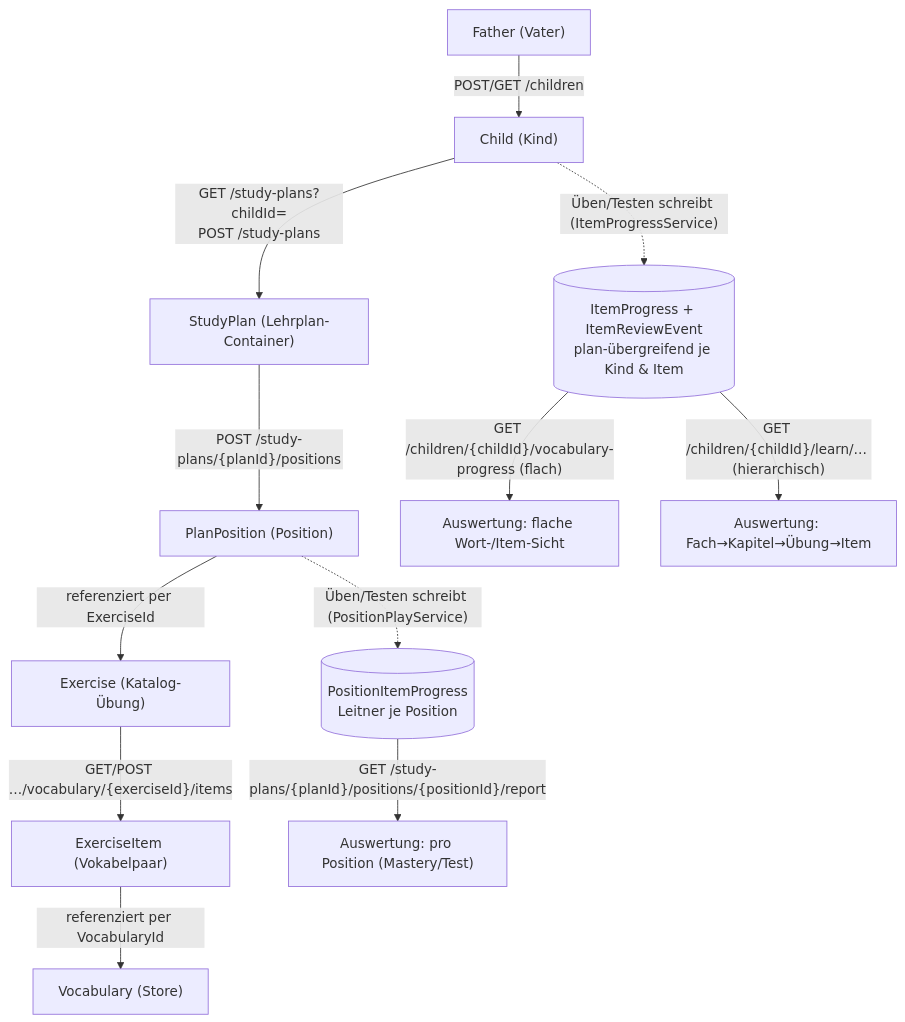
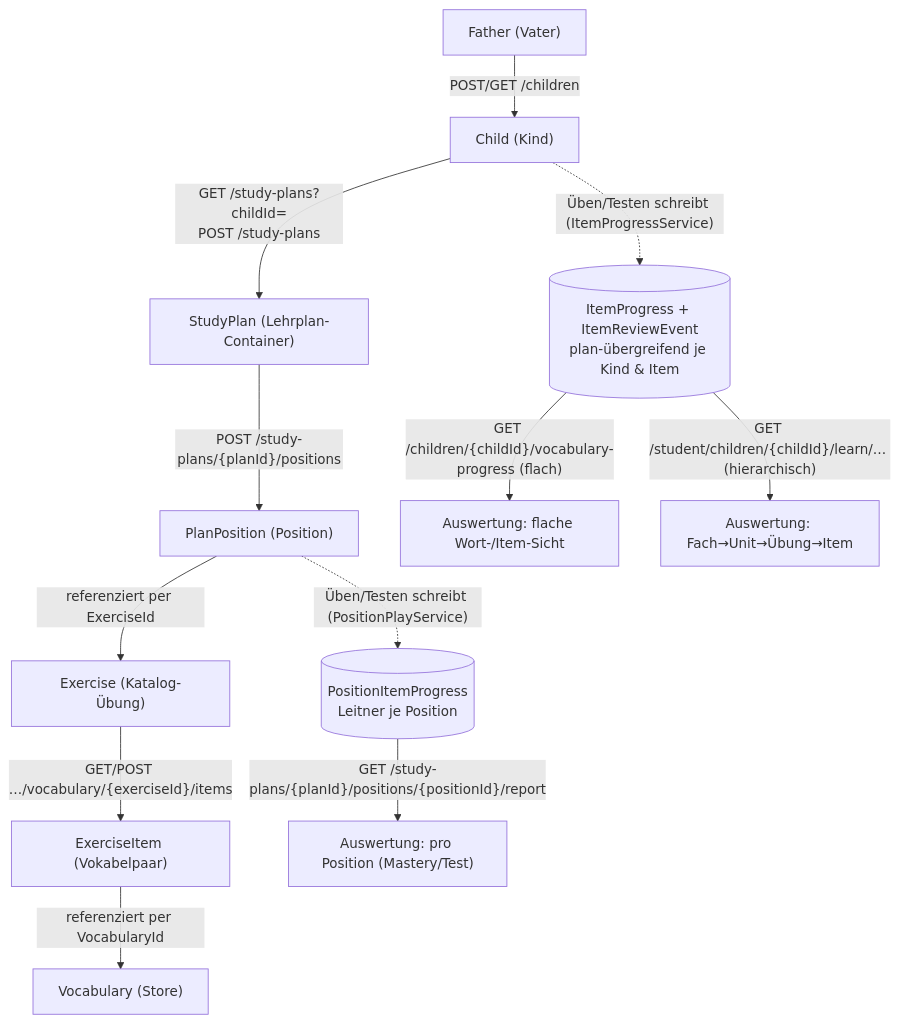
Before and after one commit to diogenes25/pugling: the diagram in docs/endpunkt-beziehungen.md, drawn with Mermaid. The commit also changed other lines of this file and 13 other files, not shown here.

````diff
--- a/docs/endpunkt-beziehungen.md
+++ b/docs/endpunkt-beziehungen.md
@@ -35,26 +35,26 @@
 ```mermaid
 flowchart TD
     Father["Father (Vater)"]
     Child["Child (Kind)"]
     Plan["StudyPlan (Lehrplan-Container)"]
     Pos["PlanPosition (Position)"]
     Ex["Exercise (Katalog-Übung)"]
     Item["ExerciseItem (Vokabelpaar)"]
     Vocab["Vocabulary (Store)"]
     IP[("ItemProgress + ItemReviewEvent<br/>plan-übergreifend je Kind & Item")]
     PIP[("PositionItemProgress<br/>Leitner je Position")]
 
     Father -->|"POST/GET /children"| Child
     Child -->|"GET /study-plans?childId=<br/>POST /study-plans"| Plan
     Plan -->|"POST /study-plans/{planId}/positions"| Pos
     Pos -->|"referenziert per ExerciseId"| Ex
     Ex -->|"GET/POST …/vocabulary/{exerciseId}/items"| Item
     Item -->|"referenziert per VocabularyId"| Vocab
 
     Child -. "Üben/Testen schreibt (ItemProgressService)" .-> IP
     Pos -. "Üben/Testen schreibt (PositionPlayService)" .-> PIP
 
     IP -->|"GET /children/{childId}/vocabulary-progress (flach)"| EvalFlat["Auswertung: flache Wort-/Item-Sicht"]
-    IP -->|"GET /children/{childId}/learn/… (hierarchisch)"| EvalHier["Auswertung: Fach→Kapitel→Übung→Item"]
+    IP -->|"GET /student/children/{childId}/learn/… (hierarchisch)"| EvalHier["Auswertung: Fach→Unit→Übung→Item"]
     PIP -->|"GET /study-plans/{planId}/positions/{positionId}/report"| EvalPos["Auswertung: pro Position (Mastery/Test)"]
 ```
````
